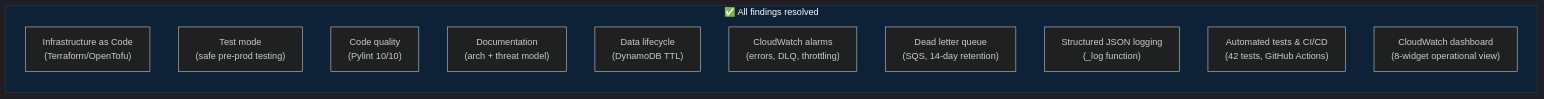
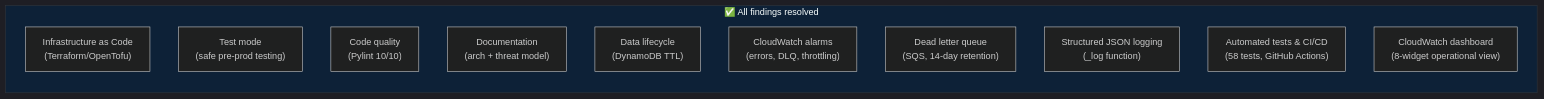
The second of 5 diagrams in docs/well-architected-review.md (baldrickuk/washingmachine-notifications), drawn with Mermaid before and after one commit. The commit also changed other lines of this file and 13 other files, not shown here.

````diff
--- a/docs/well-architected-review.md
+++ b/docs/well-architected-review.md
@@ -72,17 +72,17 @@
 ```mermaid
 %%{init: {'theme': 'dark', 'themeVariables': {'primaryColor': '#1e3a5f', 'primaryTextColor': '#c9d1d9', 'primaryBorderColor': '#4a7ab5', 'lineColor': '#58a6ff', 'edgeLabelBackground': '#0d1117', 'clusterBkg': '#0d2137', 'clusterBorder': '#30363d'}}}%%
 
 flowchart LR
     subgraph good ["✅ All findings resolved"]
         A["Infrastructure as Code\n(Terraform/OpenTofu)"]
         B["Test mode\n(safe pre-prod testing)"]
         C["Code quality\n(Pylint 10/10)"]
         D["Documentation\n(arch + threat model)"]
         E["Data lifecycle\n(DynamoDB TTL)"]
         F["CloudWatch alarms\n(errors, DLQ, throttling)"]
         G["Dead letter queue\n(SQS, 14-day retention)"]
         H["Structured JSON logging\n(_log function)"]
-        I["Automated tests & CI/CD\n(42 tests, GitHub Actions)"]
+        I["Automated tests & CI/CD\n(58 tests, GitHub Actions)"]
         J["CloudWatch dashboard\n(8-widget operational view)"]
     end
 ```
````
